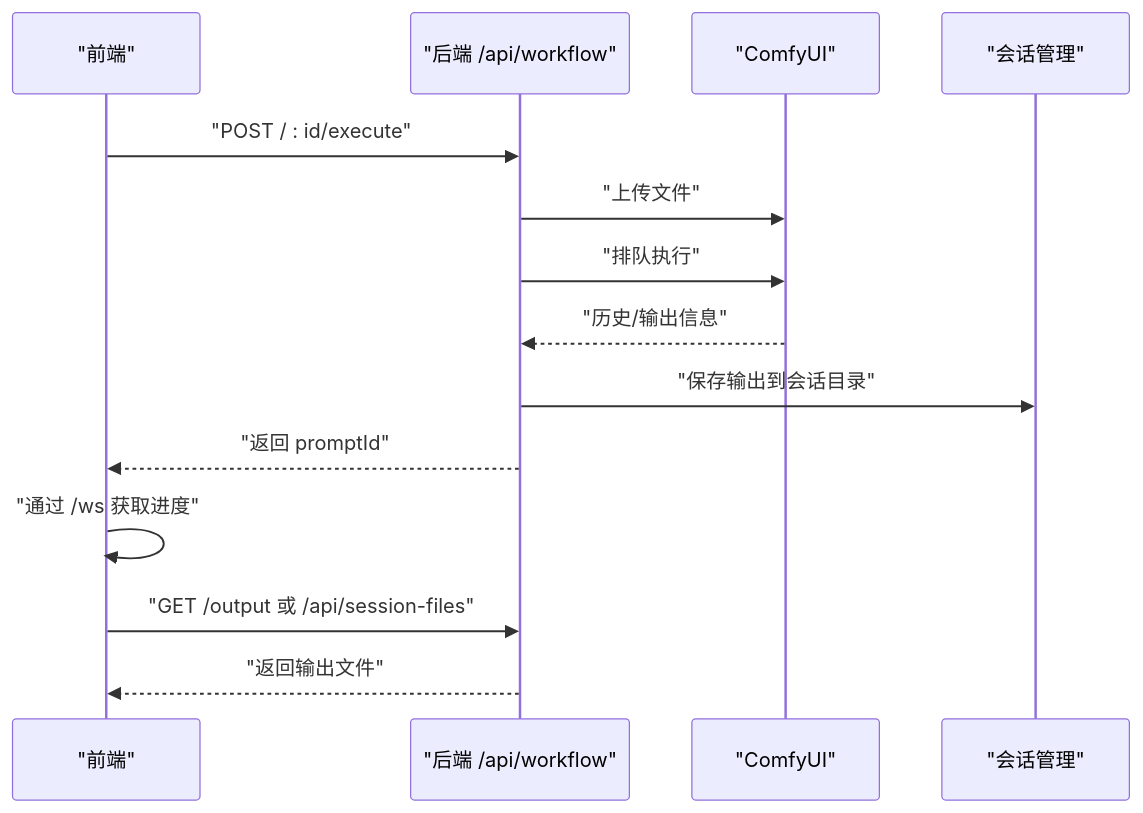
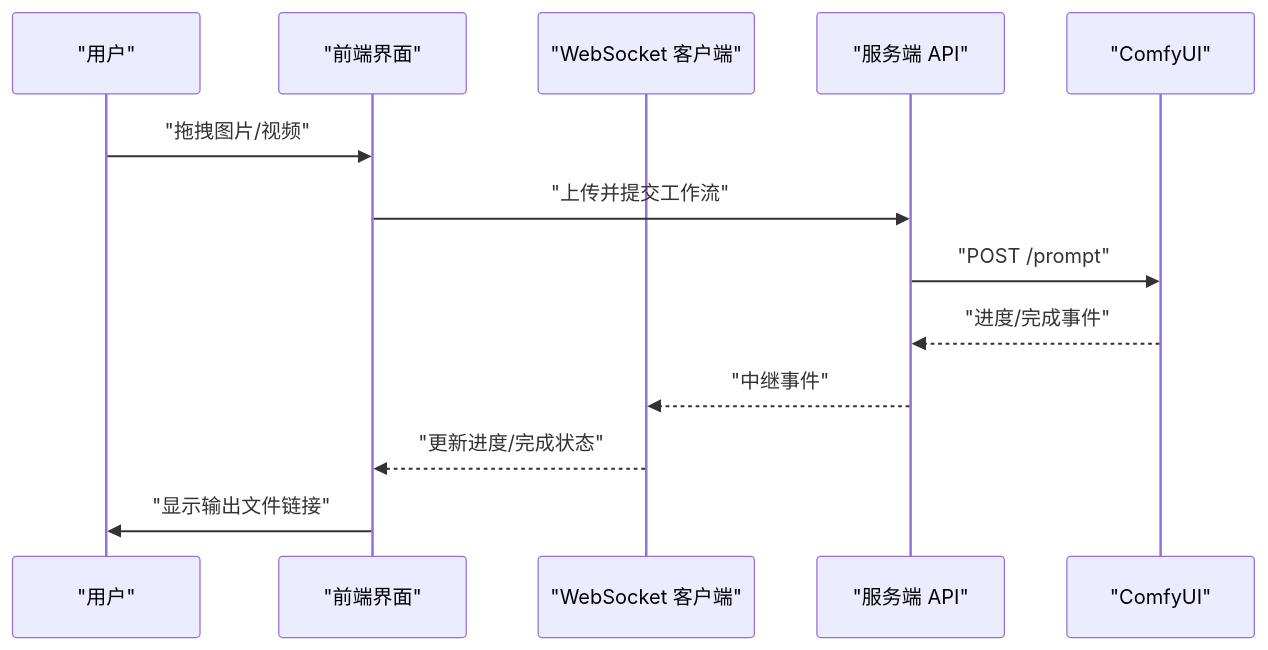
Before and after one commit to billye220670/CorineKit_Pix2Real: the fourth of 5 diagrams in .qoder/repowiki/zh/content/快速开始.md, drawn with Mermaid. The commit also changed other lines of this file and 315 other files, not shown here.

````diff
--- a/.qoder/repowiki/zh/content/快速开始.md
+++ b/.qoder/repowiki/zh/content/快速开始.md
@@ -168,16 +178,15 @@
 ```mermaid
 sequenceDiagram
-participant FE as "前端"
-participant API as "后端 /api/workflow"
+participant User as "用户"
+participant UI as "前端界面"
+participant WS as "WebSocket 客户端"
+participant API as "服务端 API"
 participant CUI as "ComfyUI"
-participant Sess as "会话管理"
-FE->>API : "POST / : id/execute"
-API->>CUI : "上传文件"
-API->>CUI : "排队执行"
-CUI-->>API : "历史/输出信息"
-API->>Sess : "保存输出到会话目录"
-API-->>FE : "返回 promptId"
-FE->>FE : "通过 /ws 获取进度"
-FE->>API : "GET /output 或 /api/session-files"
-API-->>FE : "返回输出文件"
+User->>UI : "拖拽图片/视频"
+UI->>API : "上传并提交工作流"
+API->>CUI : "POST /prompt"
+CUI-->>API : "进度/完成事件"
+API-->>WS : "中继事件"
+WS-->>UI : "更新进度/完成状态"
+UI->>User : "显示输出文件链接"
 ```
````
